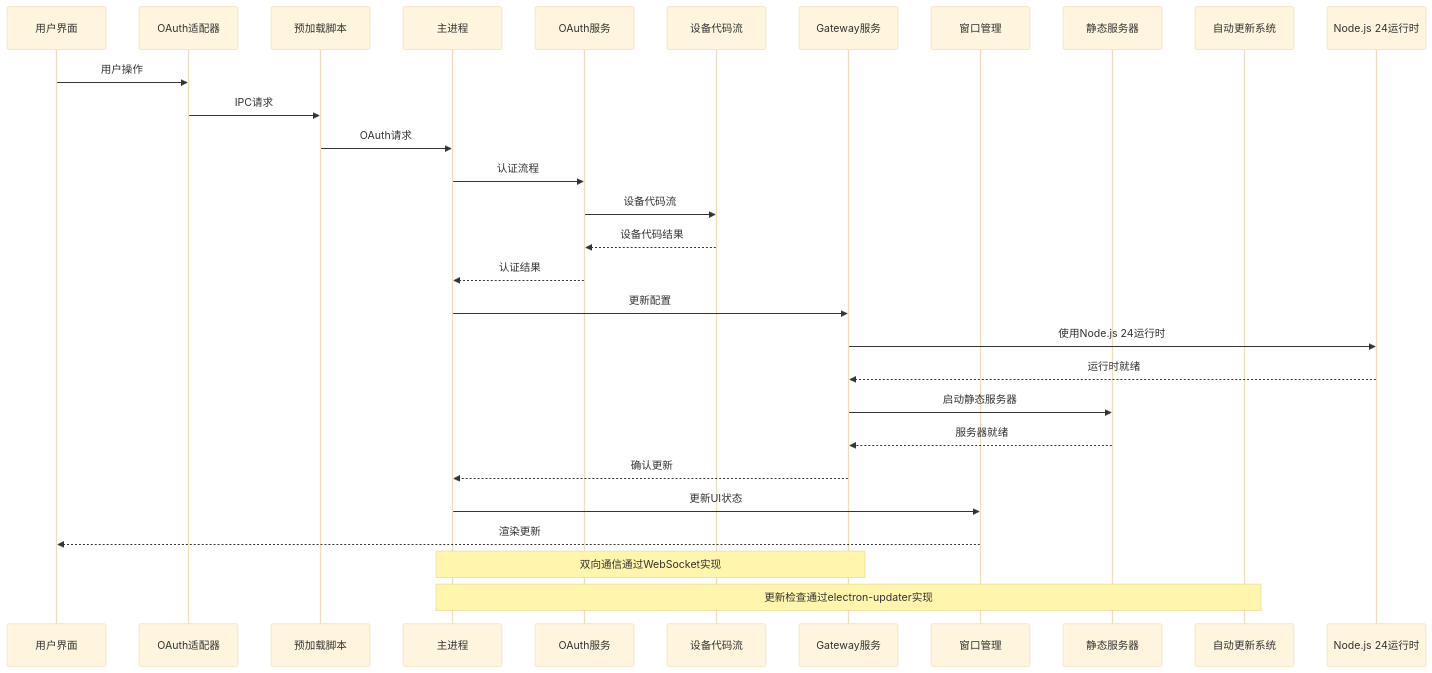
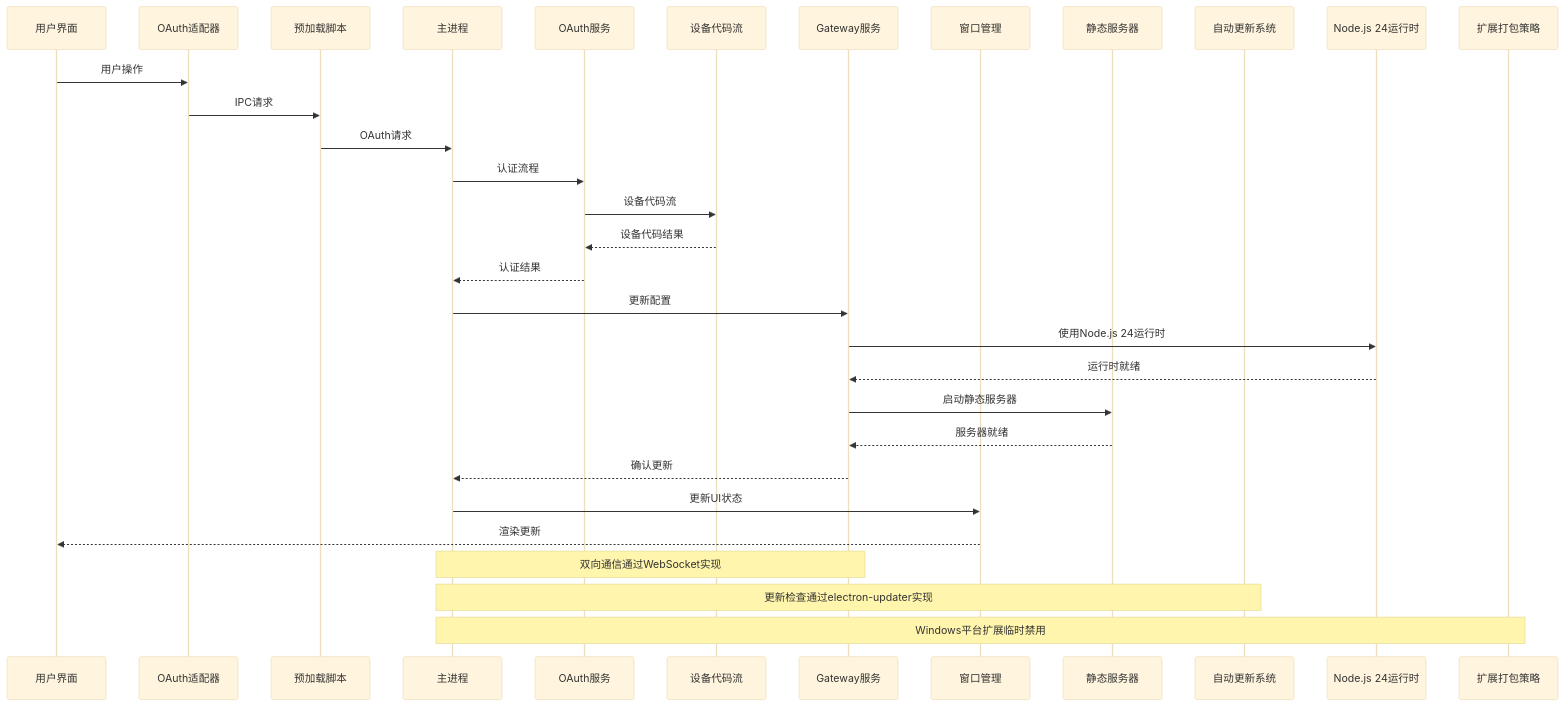
The third of 41 diagrams in .qoder/repowiki/zh/content/核心概念/Electron应用增强.md (verse-ai-org/openclaw), drawn with Mermaid (base theme) before and after one commit. The commit also changed other lines of this file and 10 other files, not shown here.

````diff
--- a/.qoder/repowiki/zh/content/核心概念/Electron应用增强.md
+++ b/.qoder/repowiki/zh/content/核心概念/Electron应用增强.md
@@ -355,31 +372,33 @@
 ```mermaid
 sequenceDiagram
 participant UI as 用户界面
 participant Adapter as OAuth适配器
 participant Preload as 预加载脚本
 participant Main as 主进程
 participant OAuth as OAuth服务
 participant DeviceFlow as 设备代码流
 participant Gateway as Gateway服务
 participant Window as 窗口管理
 participant StaticServer as 静态服务器
 participant Updater as 自动更新系统
 participant NodeRuntime as Node.js 24运行时
+participant ExtensionPacker as 扩展打包策略
 UI->>Adapter : 用户操作
 Adapter->>Preload : IPC请求
 Preload->>Main : OAuth请求
 Main->>OAuth : 认证流程
 OAuth->>DeviceFlow : 设备代码流
 DeviceFlow-->>OAuth : 设备代码结果
 OAuth-->>Main : 认证结果
 Main->>Gateway : 更新配置
 Gateway->>NodeRuntime : 使用Node.js 24运行时
 NodeRuntime-->>Gateway : 运行时就绪
 Gateway->>StaticServer : 启动静态服务器
 StaticServer-->>Gateway : 服务器就绪
 Gateway-->>Main : 确认更新
 Main->>Window : 更新UI状态
 Window-->>UI : 渲染更新
 Note over Main,Gateway : 双向通信通过WebSocket实现
 Note over Main,Updater : 更新检查通过electron-updater实现
+Note over Main,ExtensionPacker : Windows平台扩展临时禁用
 ```
````
